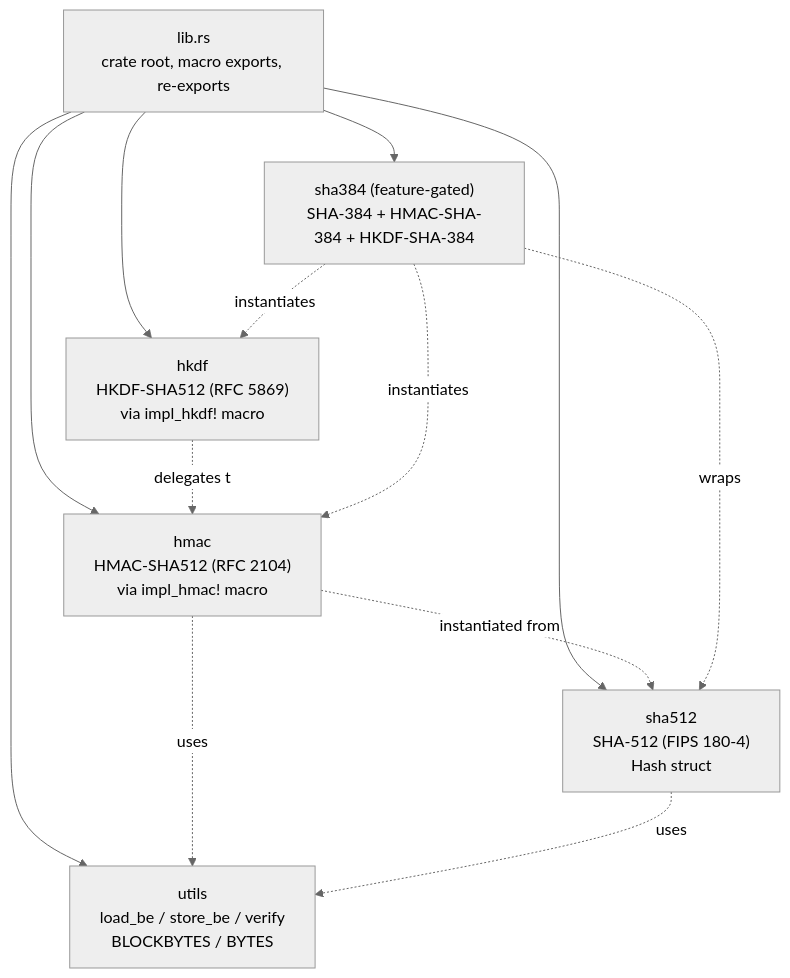
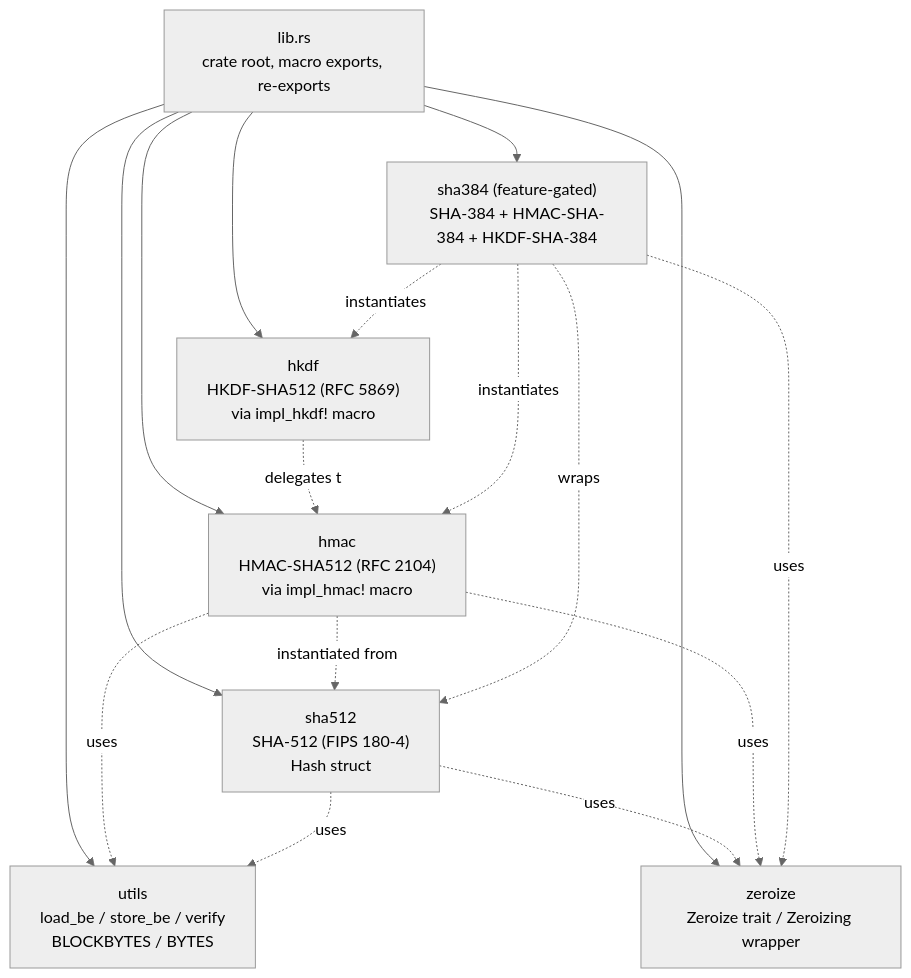
The first of 3 diagrams in libvctrl_sha512/README.md (mroczect/libvctrl), drawn with Mermaid (neutral theme) before and after one commit. The commit also changed other lines of this file and 5 other files, not shown here.

````diff
--- a/libvctrl_sha512/README.md
+++ b/libvctrl_sha512/README.md
@@ -47,17 +48,21 @@
 ```mermaid
 flowchart TD
     LIB["lib.rs<br/>crate root, macro exports, re-exports"]
     LIB --> SHA512["sha512<br/>SHA-512 (FIPS 180-4)<br/>Hash struct"]
     LIB --> HMAC["hmac<br/>HMAC-SHA512 (RFC 2104)<br/>via impl_hmac! macro"]
     LIB --> HKDF["hkdf<br/>HKDF-SHA512 (RFC 5869)<br/>via impl_hkdf! macro"]
     LIB --> UTILS["utils<br/>load_be / store_be / verify<br/>BLOCKBYTES / BYTES"]
     LIB --> SHA384["sha384 (feature-gated)<br/>SHA-384 + HMAC-SHA-384 + HKDF-SHA-384"]
+    LIB --> ZEROIZE["zeroize<br/>Zeroize trait / Zeroizing wrapper"]
 
     HMAC -.instantiated from.-> SHA512
     HKDF -.delegates to.-> HMAC
     SHA384 -.wraps.-> SHA512
     SHA384 -.instantiates.-> HMAC
     SHA384 -.instantiates.-> HKDF
     HMAC -.uses.-> UTILS
     SHA512 -.uses.-> UTILS
+    SHA512 -.uses.-> ZEROIZE
+    HMAC -.uses.-> ZEROIZE
+    SHA384 -.uses.-> ZEROIZE
 ```
````
